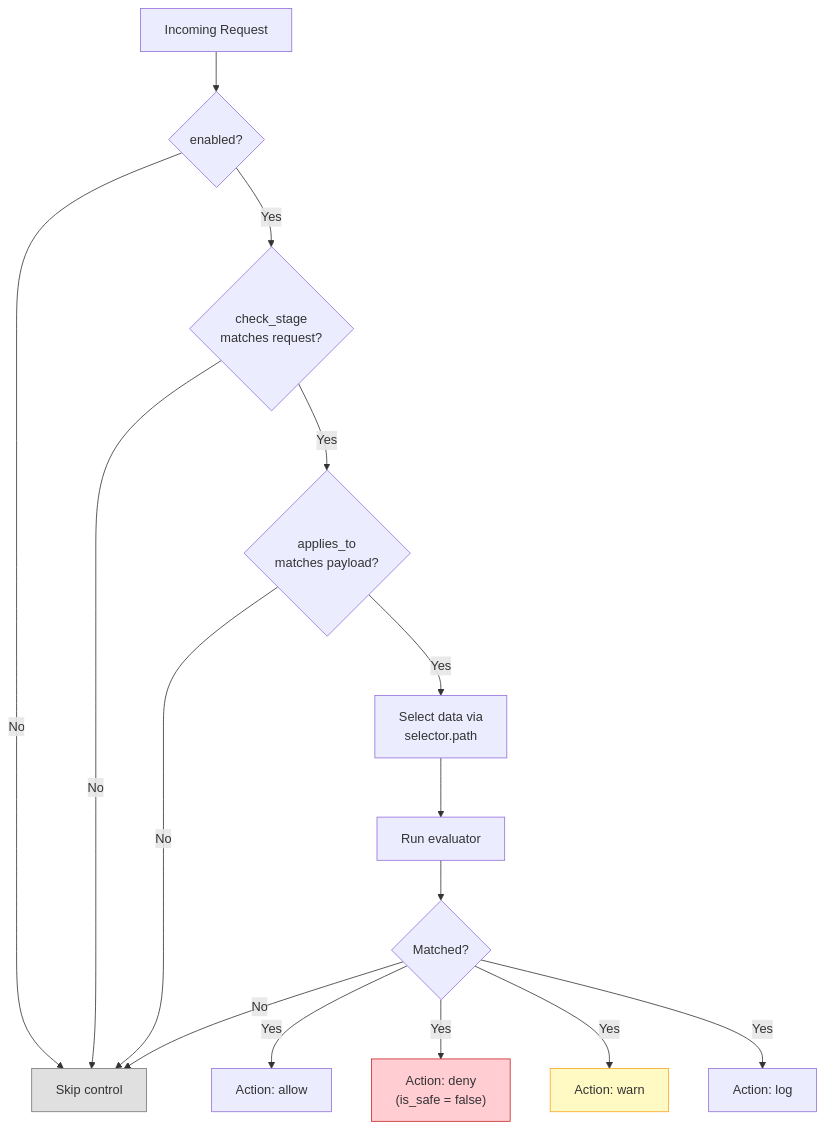
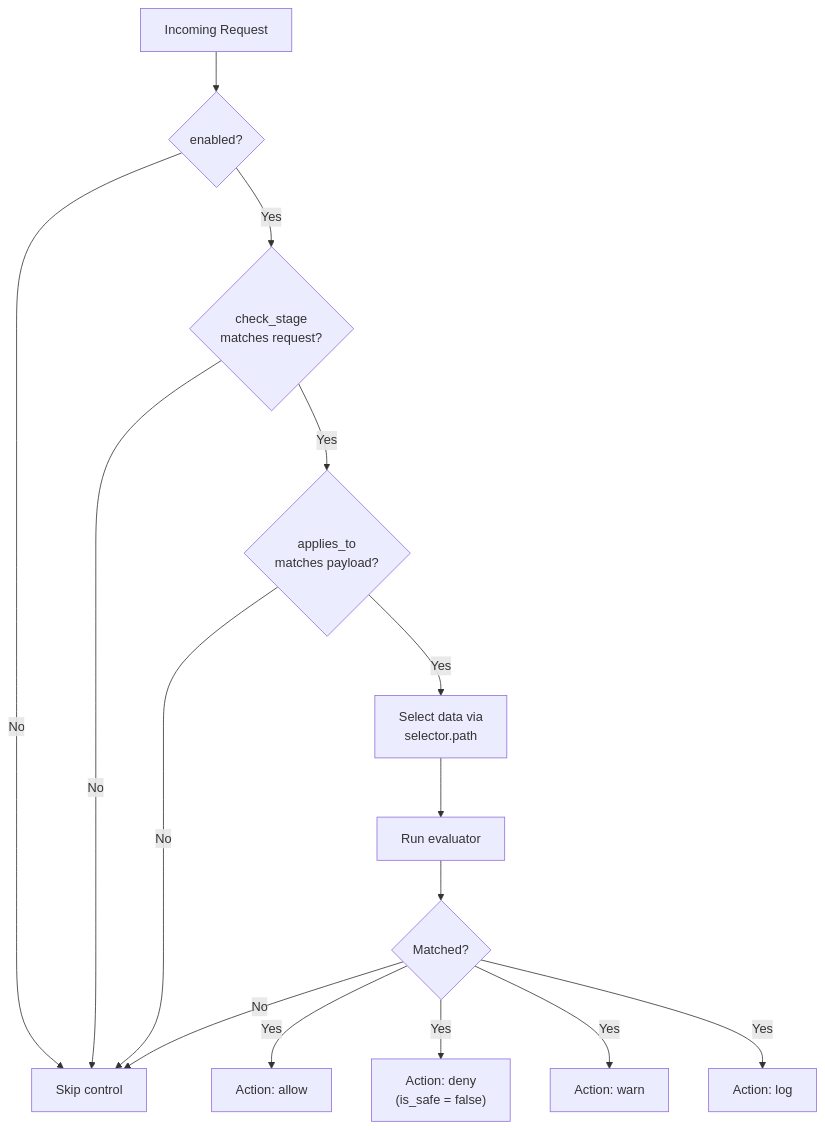
Before and after one commit to agentcontrol/agent-control: the fourth of 4 diagrams in diagrams/04-control-definition-model.md, drawn with Mermaid. The commit also changed 9 other files, not shown here.

````diff
--- a/diagrams/04-control-definition-model.md
+++ b/diagrams/04-control-definition-model.md
@@ -102,39 +102,35 @@
 ```mermaid
 flowchart TD
     start["Incoming Request"]
     
     check_enabled{"enabled?"}
     check_stage{"check_stage<br/>matches request?"}
     check_type{"applies_to<br/>matches payload?"}
     
     select["Select data via<br/>selector.path"]
     evaluate["Run evaluator"]
     
     check_match{"Matched?"}
     
     action_allow["Action: allow"]
     action_deny["Action: deny<br/>(is_safe = false)"]
     action_warn["Action: warn"]
     action_log["Action: log"]
     
     skip["Skip control"]
     
     start --> check_enabled
     check_enabled -->|No| skip
     check_enabled -->|Yes| check_stage
     check_stage -->|No| skip
     check_stage -->|Yes| check_type
     check_type -->|No| skip
     check_type -->|Yes| select
     select --> evaluate
     evaluate --> check_match
     check_match -->|No| skip
     check_match -->|Yes| action_allow
     check_match -->|Yes| action_deny
     check_match -->|Yes| action_warn
     check_match -->|Yes| action_log
-
-    style action_deny fill:#ffcdd2,stroke:#c62828
-    style action_warn fill:#fff9c4,stroke:#f9a825
-    style skip fill:#e0e0e0,stroke:#757575
 ```
````
